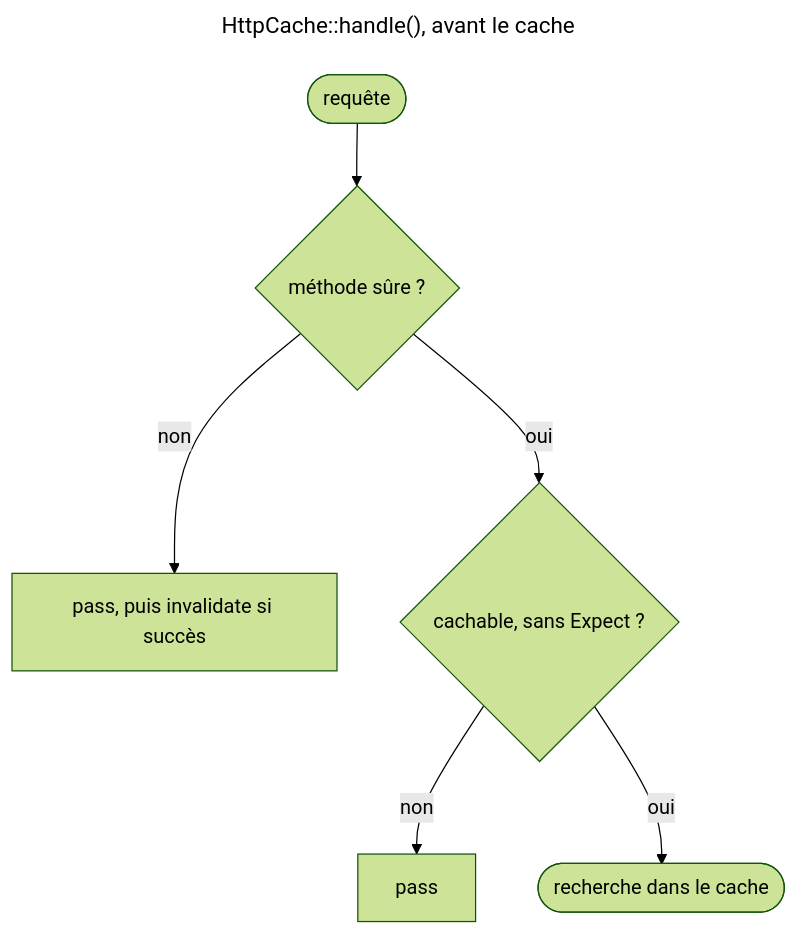
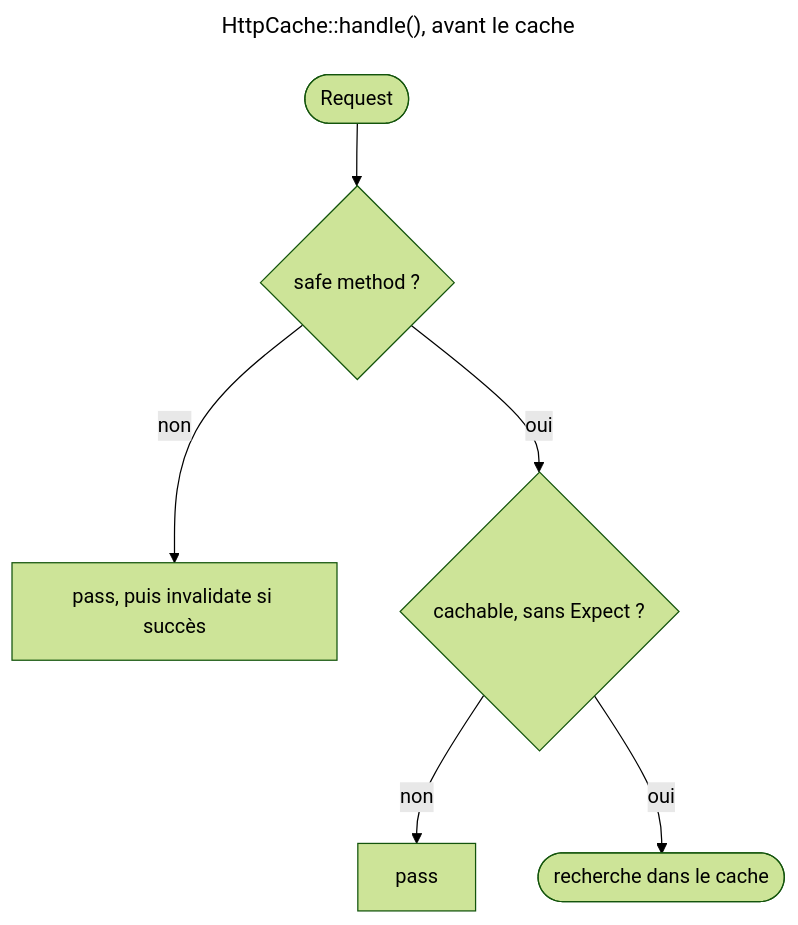
One commit to jasserYahyaoui/Symfony-8-Certification-Path changed the first of 2 diagrams in content/courses/CRS-1k0ce9dvdr99.md. Above: the diagram before and after it, drawn with Mermaid (forest theme). The commit also changed other lines of this file and 207 other files, not shown here.

````diff
--- a/content/courses/CRS-1k0ce9dvdr99.md
+++ b/content/courses/CRS-1k0ce9dvdr99.md
@@ -179,13 +179,13 @@
 ```mermaid
 ---
 title: HttpCache::handle(), avant le cache
 ---
 flowchart TD
-  accTitle: Les requêtes que le proxy HttpCache ne cherche pas dans le cache
-  accDescr: Une méthode non sûre est transmise à l'application, trace pass, puis l'entrée est invalidée si la réponse réussit, trace invalidate. Une méthode sûre mais non cachable, ou un en-tête Expect, est transmise sans cache, trace pass. Toute autre requête est cherchée dans le cache.
-  REQ(["requête"]) --> SAFE{"méthode sûre ?"}
+  accTitle: Les Requests que le proxy HttpCache ne cherche pas dans le cache
+  accDescr: Une method non sûre est transmise à l'application, trace pass, puis l'entrée est invalidée si la Response réussit, trace invalidate. Une safe method mais non cachable, ou un header Expect, est transmise sans cache, trace pass. Toute autre Request est cherchée dans le cache.
+  REQ(["Request"]) --> SAFE{"safe method ?"}
   SAFE -->|"non"| INV["pass, puis invalidate si succès"]
   SAFE -->|"oui"| CACH{"cachable, sans Expect ?"}
   CACH -->|"non"| PASS["pass"]
   CACH -->|"oui"| LOOK(["recherche dans le cache"])
 ```
````
